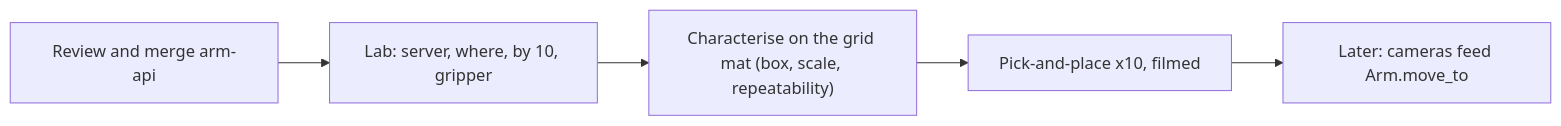
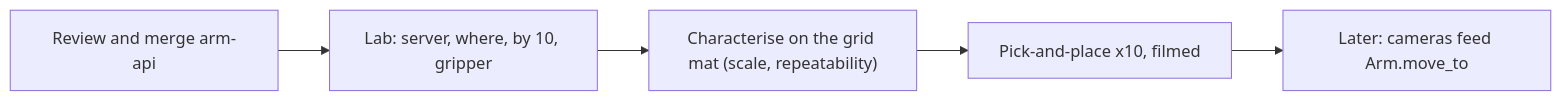
The diagram in docs/STATUS.md (Sebastianr8243/scorbot-er4u-python), drawn with Mermaid before and after one commit.

Commit message:
Drop the removed box from the STATUS critical path
The move_to box limit was removed on 2026-10-21; the diagram still listed it.

````diff
--- a/docs/STATUS.md
+++ b/docs/STATUS.md
@@ -47,7 +47,7 @@
 ```mermaid
 flowchart LR
     M["Review and merge arm-api"] --> L["Lab: server, where, by 10, gripper"]
-    L --> C["Characterise on the grid mat (box, scale, repeatability)"]
+    L --> C["Characterise on the grid mat (scale, repeatability)"]
     C --> P["Pick-and-place x10, filmed"]
     P --> V["Later: cameras feed Arm.move_to"]
 ```
````
